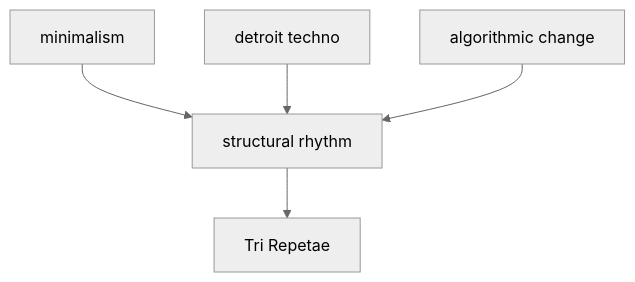
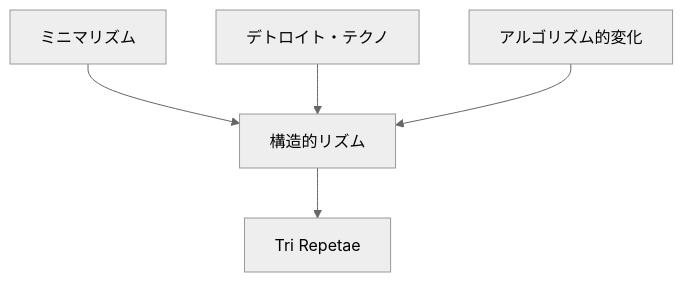
The third of 10 diagrams in en/_posts/2026-07-03-column-influential-album-07.md (monumental-movement/monumental-movement.github.io), drawn with Mermaid (neutral theme) before and after one commit. The commit also changed other lines of this file and 2196 other files, not shown here.

```diff
--- a/en/_posts/2026-07-03-column-influential-album-07.md
+++ b/en/_posts/2026-07-03-column-influential-album-07.md
@@ -625,15 +623,15 @@
 <div class="mermaid">
 flowchart TD
 
-A[minimalism]
-B[detroit techno]
-C[algorithmic change]
-D[structural rhythm]
+A[ミニマリズム]
+B[デトロイト・テクノ]
+C[アルゴリズム的変化]
+D[構造的リズム]
 E[Tri Repetae]
 
 A --> D
 B --> D
 C --> D
 D --> E
 
 </div>
```
